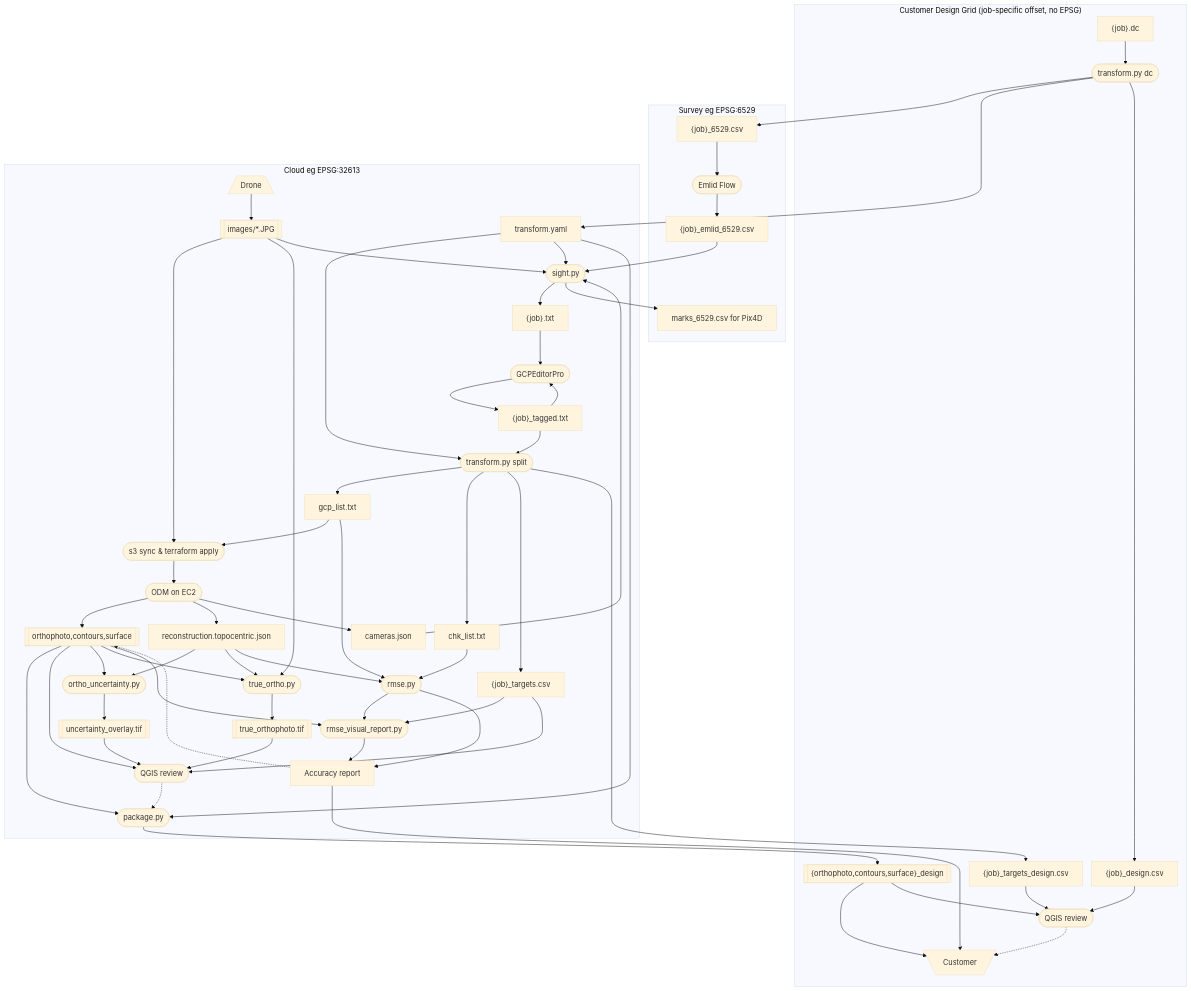
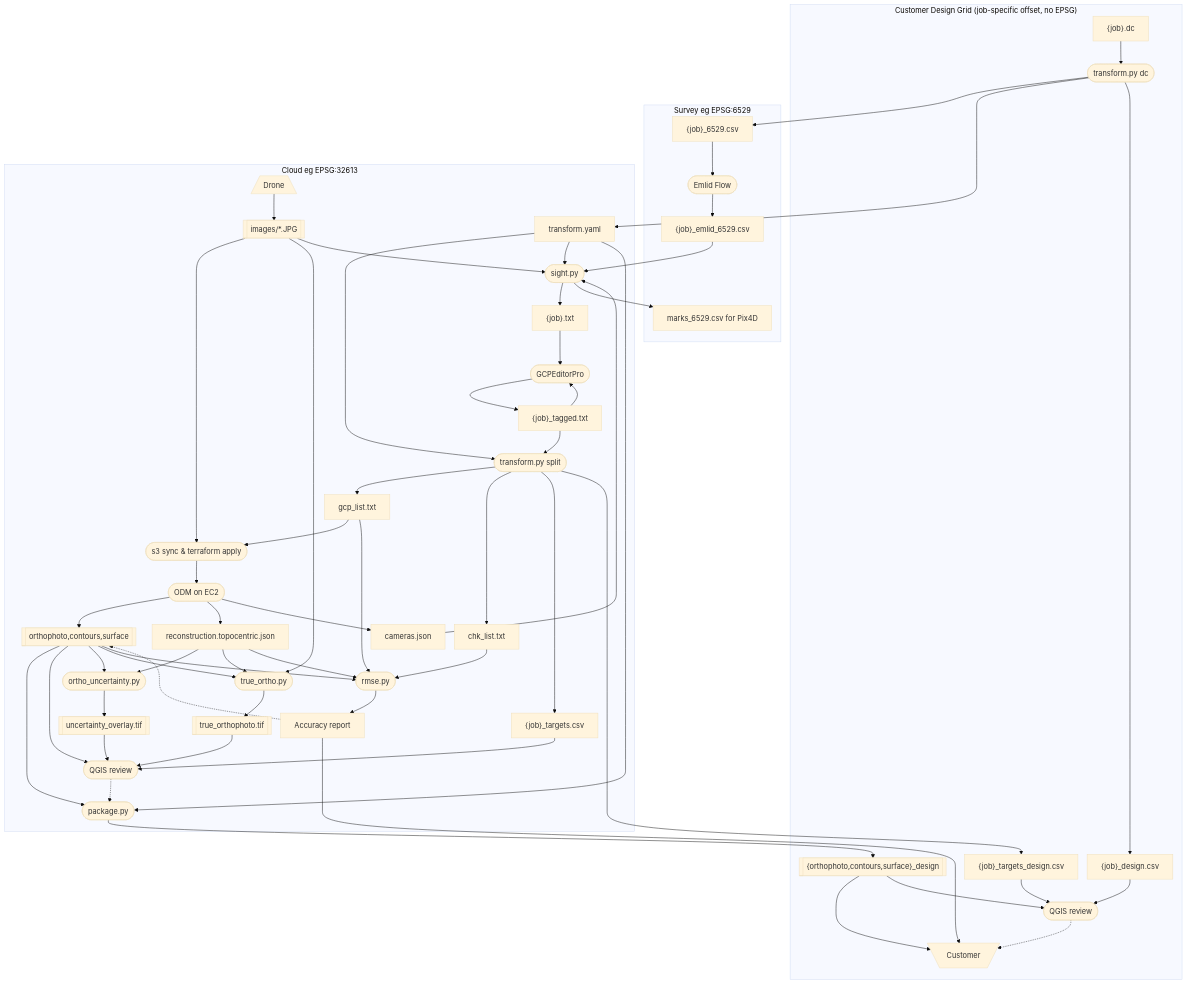
One commit to jrstear/geo changed the diagram in docs/odm-workflow.md. Above: the diagram before and after it, drawn with Mermaid. The commit also changed other lines of this file and 1 other file, not shown here.

Commit message:
docs: update odm-workflow.md prose to match revised diagram
- Renamed targets→pretag, targets_csv→targets in diagram
- Removed rmse_visual_report.py references (merged into rmse.py)
- Updated rmse.py invocation: --html + --ortho flags
- Updated ODM flags: added --dtm --dsm --dem-resolution 5 --cog --build-overviews
- Fixed stale convert_coords.py reference → transform.py/sight.py
- Added deliverables→rmse edge (ortho input for crops)

````diff
--- a/docs/odm-workflow.md
+++ b/docs/odm-workflow.md
@@ -19,20 +19,19 @@
     cameras["cameras.json"]
     sight(["sight.py"])
     marks["marks_6529.csv for Pix4D"]
-    targets["{job}.txt"]
+    pretag["{job}.txt"]
     gcpeditor(["GCPEditorPro"])
     tagged["{job}_tagged.txt"]
     split(["transform.py split"])
     gcp_list["gcp_list.txt"]
     chk_list["chk_list.txt"]
-    targets_csv["{job}_targets.csv"]
+    targets["{job}_targets.csv"]
     targets_design["{job}_targets_design.csv"]
     s3(["s3 sync & terraform apply"])
     odm(["ODM on EC2"])
     rmse(["rmse.py"])
     true_ortho(["true_ortho.py"])
     uncertainty(["ortho_uncertainty.py"])
-    visual_report(["rmse_visual_report.py"])
     drone[/"Drone"\]
     images[["images/*.JPG"]]
     deliverables[["orthophoto,contours,surface"]]
@@ -66,7 +65,7 @@
     subgraph "Cloud eg EPSG:32613"
         drone
         images
-        targets
+        pretag
         cameras
         sight
         transform_yaml
@@ -75,7 +74,7 @@
         split
         gcp_list
         chk_list
-        targets_csv
+        targets
         s3
         odm
         deliverables
@@ -85,7 +84,6 @@
         true_ortho_tif
         uncertainty
         uncertainty_tif
-        visual_report
         report
         packager
         qgis_cloud
@@ -101,9 +99,9 @@
     images --> true_ortho
     images --> sight
     emlid --> all --> sight
-    sight --> targets
+    sight --> pretag
     sight --> marks
-    targets --> gcpeditor
+    pretag --> gcpeditor
     gcpeditor --> tagged
     tagged --> split
     tagged --> gcpeditor
@@ -111,7 +109,7 @@
     transform_yaml --> sight
     split --> gcp_list
     split --> chk_list
-    split --> targets_csv
+    split --> targets
     split --> targets_design
     gcp_list --> s3
     s3 --> odm --> deliverables
@@ -123,17 +121,14 @@
     model --> uncertainty
     model --> true_ortho
     model --> rmse
-    rmse --> visual_report
     rmse --> report
     deliverables --> packager
     deliverables --> qgis_cloud
     deliverables --> uncertainty
     deliverables --> true_ortho
-    deliverables --> visual_report
+    deliverables --> rmse
     true_ortho --> true_ortho_tif
     uncertainty --> uncertainty_tif
-    targets_csv --> visual_report
-    visual_report --> report
     true_ortho_tif --> qgis_cloud
     uncertainty_tif --> qgis_cloud
     transform_yaml --> packager
@@ -145,7 +140,7 @@
     delivered --> qgis_design
     points_design --> qgis_design
     targets_design --> qgis_design
-    targets_csv --> qgis_cloud
+    targets --> qgis_cloud
     qgis_design -.-> customer
 
 ```
````
